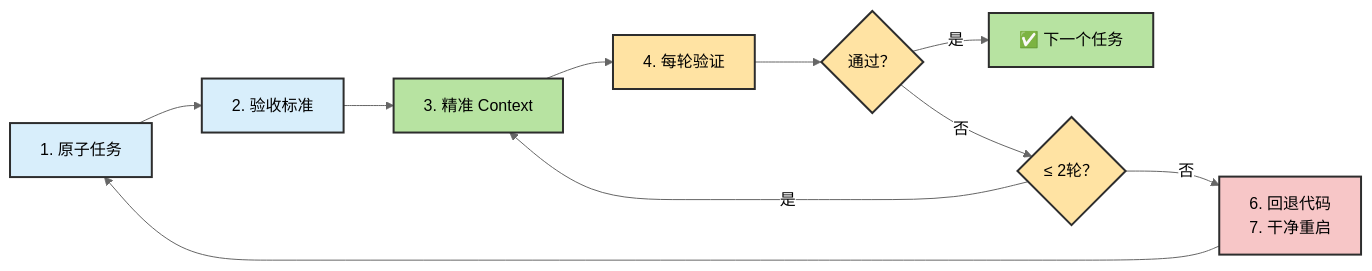
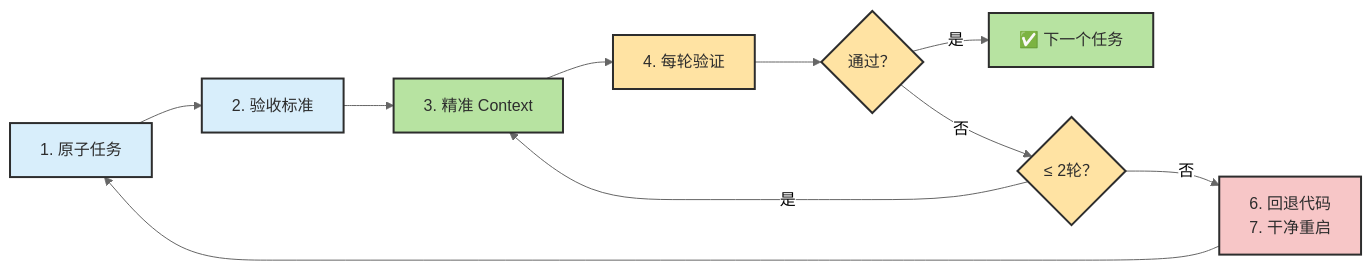
The fifth of 5 diagrams in docs/chapters/ch17-agent-anti-patterns.md (zht043/AgenticCodingTutorial), drawn with Mermaid (neutral theme) before and after one commit. The commit also changed other lines of this file and 1 other file, not shown here.

````diff
--- a/docs/chapters/ch17-agent-anti-patterns.md
+++ b/docs/chapters/ch17-agent-anti-patterns.md
@@ -459,21 +459,21 @@
 ```mermaid
 graph LR
     P1["1. 原子任务"] --> P2["2. 验收标准"]
     P2 --> P3["3. 精准 Context"]
     P3 --> P4["4. 每轮验证"]
     P4 --> P5{"通过？"}
     P5 -->|是| NEXT["✅ 下一个任务"]
     P5 -->|否| P6{"≤ 2轮？"}
     P6 -->|是| P3
     P6 -->|否| P7["6. 回退代码\n7. 干净重启"]
     P7 --> P1
 
-    style P1 fill:#d8eefb,stroke:#2d2d2d,stroke-width:2px
-    style P2 fill:#d8eefb,stroke:#2d2d2d,stroke-width:2px
-    style P3 fill:#b7e3a1,stroke:#2d2d2d,stroke-width:2px
-    style P4 fill:#ffe3a3,stroke:#2d2d2d,stroke-width:2px
-    style P5 fill:#ffe3a3,stroke:#2d2d2d,stroke-width:2px
-    style P6 fill:#ffe3a3,stroke:#2d2d2d,stroke-width:2px
-    style NEXT fill:#b7e3a1,stroke:#2d2d2d,stroke-width:2px
-    style P7 fill:#f7c6c7,stroke:#2d2d2d,stroke-width:2px
+    style P1 fill:#d8eefb,stroke:#2d2d2d,stroke-width:2px,color:#2d2d2d
+    style P2 fill:#d8eefb,stroke:#2d2d2d,stroke-width:2px,color:#2d2d2d
+    style P3 fill:#b7e3a1,stroke:#2d2d2d,stroke-width:2px,color:#2d2d2d
+    style P4 fill:#ffe3a3,stroke:#2d2d2d,stroke-width:2px,color:#2d2d2d
+    style P5 fill:#ffe3a3,stroke:#2d2d2d,stroke-width:2px,color:#2d2d2d
+    style P6 fill:#ffe3a3,stroke:#2d2d2d,stroke-width:2px,color:#2d2d2d
+    style NEXT fill:#b7e3a1,stroke:#2d2d2d,stroke-width:2px,color:#2d2d2d
+    style P7 fill:#f7c6c7,stroke:#2d2d2d,stroke-width:2px,color:#2d2d2d
 ```
````
